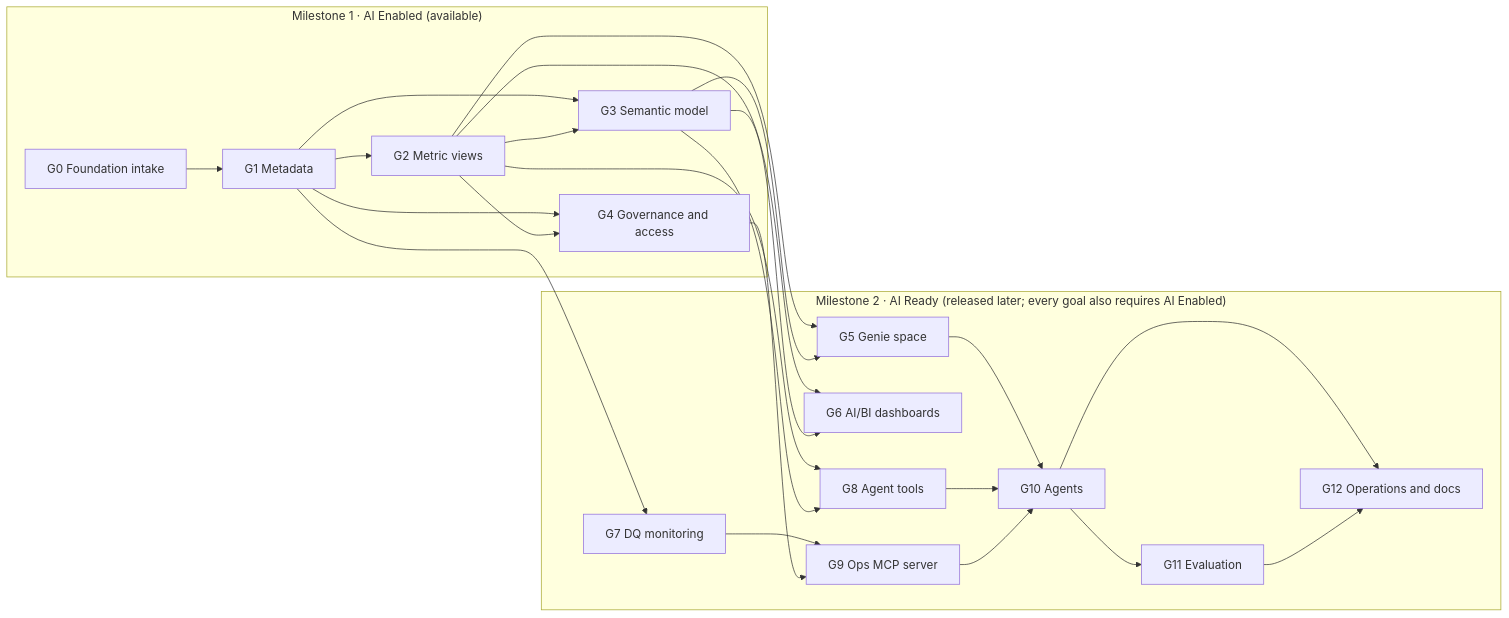
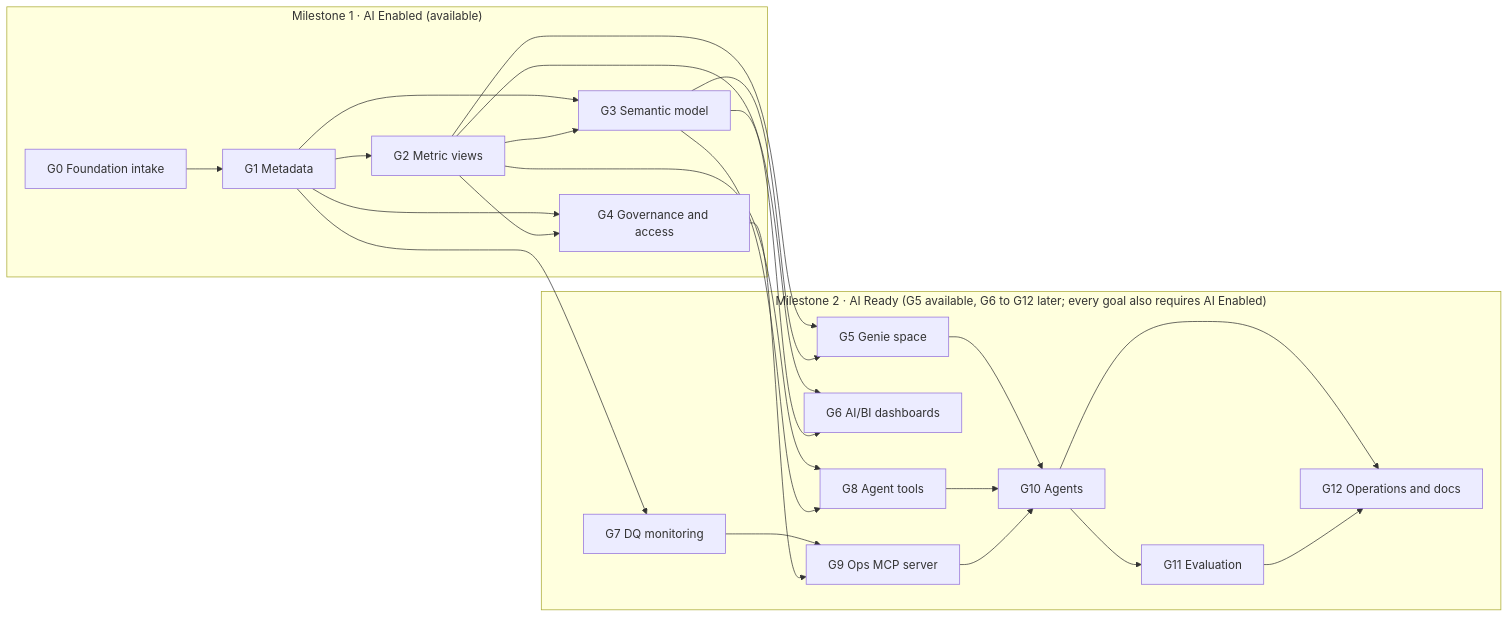
The second of 7 diagrams in docs/ARCHITECTURE.md (vasutechgenie/maya-dbx-ai), drawn with Mermaid before and after one commit. The commit also changed other lines of this file and 31 other files, not shown here.

First line of the commit message:
G5 Genie space: first AI Ready goal

````diff
--- a/docs/ARCHITECTURE.md
+++ b/docs/ARCHITECTURE.md
@@ -82,35 +83,35 @@
 ```mermaid
 flowchart LR
     subgraph AE["Milestone 1 · AI Enabled (available)"]
         G0["G0 Foundation intake"] --> G1["G1 Metadata"]
         G1 --> G2["G2 Metric views"]
         G1 --> G3["G3 Semantic model"]
         G2 --> G3
         G1 --> G4["G4 Governance and access"]
         G2 --> G4
     end
-    subgraph AR["Milestone 2 · AI Ready (released later; every goal also requires AI Enabled)"]
+    subgraph AR["Milestone 2 · AI Ready (G5 available, G6 to G12 later; every goal also requires AI Enabled)"]
         G5["G5 Genie space"]
         G6["G6 AI/BI dashboards"]
         G7["G7 DQ monitoring"]
         G8["G8 Agent tools"]
         G9["G9 Ops MCP server"]
         G10["G10 Agents"]
         G11["G11 Evaluation"]
         G12["G12 Operations and docs"]
         G5 --> G10
         G8 --> G10
         G7 --> G9 --> G10
         G10 --> G11
         G10 --> G12
         G11 --> G12
     end
     G2 --> G5
     G3 --> G5
     G2 --> G6
     G3 --> G6
     G1 --> G7
     G2 --> G8
     G3 --> G8
     G4 --> G9
 ```
````
